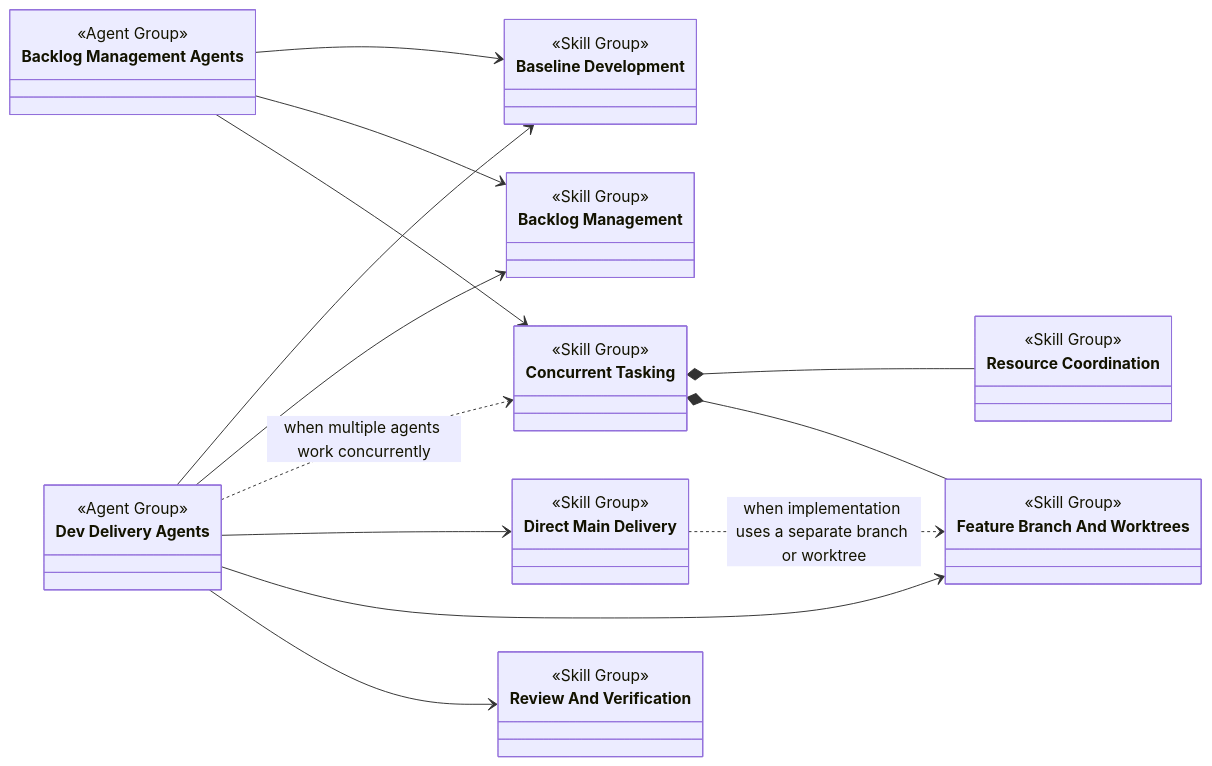
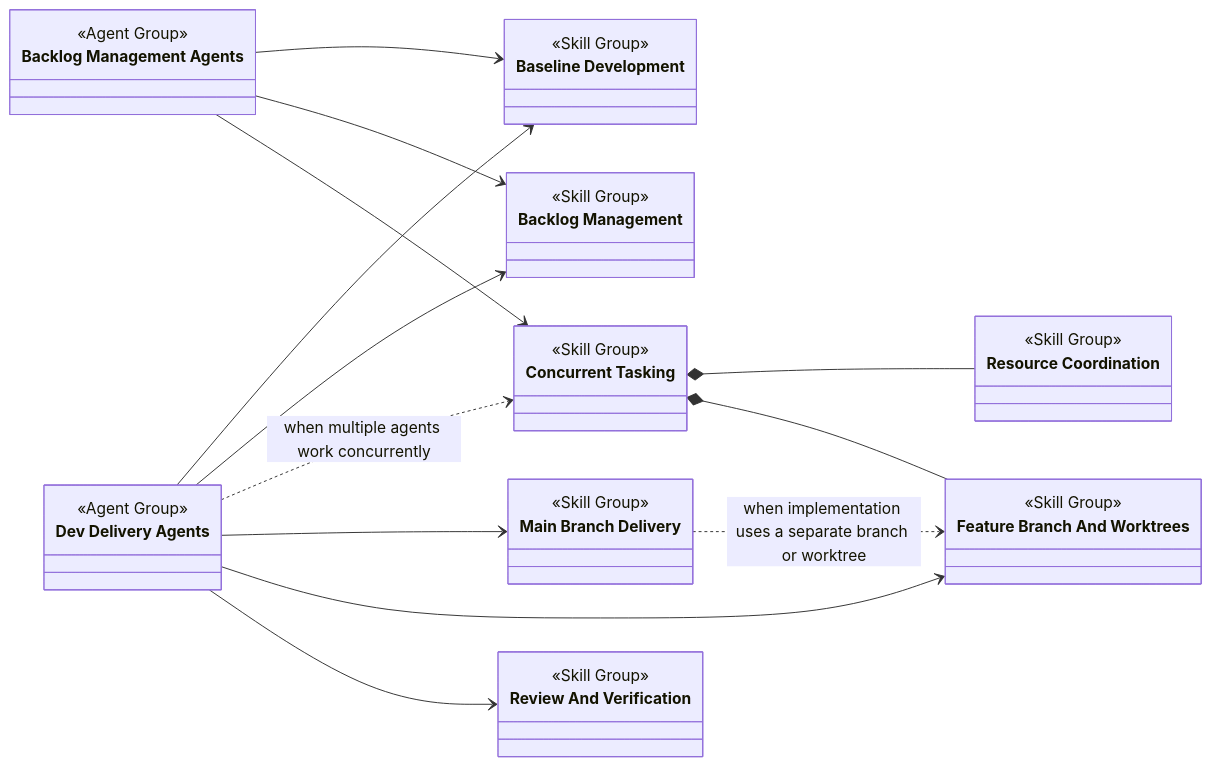
The second of 8 diagrams in design/skill-groups/concurrent-tasking.md (martinbechard/dev-methodology), drawn with Mermaid before and after one commit. The commit also changed other lines of this file and 54 other files, not shown here.

Commit message:
Rename main branch delivery provider

````diff
--- a/design/skill-groups/concurrent-tasking.md
+++ b/design/skill-groups/concurrent-tasking.md
@@ -70,48 +70,48 @@
 ```mermaid
 classDiagram
     direction LR
 
     class BacklogManagementAgents["Backlog Management Agents"] {
         <<Agent Group>>
     }
 
     class DevDeliveryAgents["Dev Delivery Agents"] {
         <<Agent Group>>
     }
 
     class BaselineDevelopment["Baseline Development"] {
         <<Skill Group>>
     }
     class BacklogManagement["Backlog Management"] {
         <<Skill Group>>
     }
     class ConcurrentTasking["Concurrent Tasking"] {
         <<Skill Group>>
     }
     class ResourceCoordination["Resource Coordination"] {
         <<Skill Group>>
     }
     class FeatureBranchAndWorktrees["Feature Branch And Worktrees"] {
         <<Skill Group>>
     }
-    class DirectMainDelivery["Direct Main Delivery"] {
+    class MainBranchDelivery["Main Branch Delivery"] {
         <<Skill Group>>
     }
     class ReviewAndVerification["Review And Verification"] {
         <<Skill Group>>
     }
 
     BacklogManagementAgents --> BaselineDevelopment
     BacklogManagementAgents --> BacklogManagement
     BacklogManagementAgents --> ConcurrentTasking
     DevDeliveryAgents --> BaselineDevelopment
     DevDeliveryAgents --> BacklogManagement
     DevDeliveryAgents ..> ConcurrentTasking : when multiple agents work concurrently
-    DevDeliveryAgents --> DirectMainDelivery
+    DevDeliveryAgents --> MainBranchDelivery
     DevDeliveryAgents --> FeatureBranchAndWorktrees
     DevDeliveryAgents --> ReviewAndVerification
 
     ConcurrentTasking *-- ResourceCoordination
     ConcurrentTasking *-- FeatureBranchAndWorktrees
-    DirectMainDelivery ..> FeatureBranchAndWorktrees : when implementation uses a separate branch or worktree
+    MainBranchDelivery ..> FeatureBranchAndWorktrees : when implementation uses a separate branch or worktree
 ```
````
